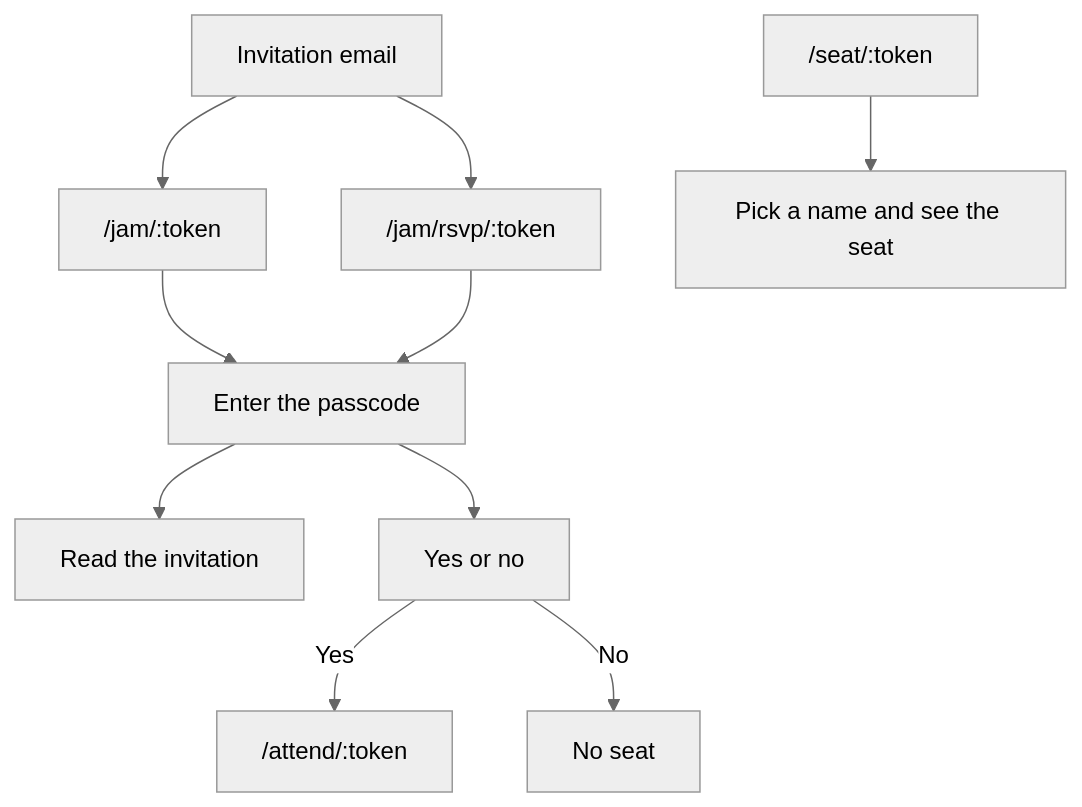
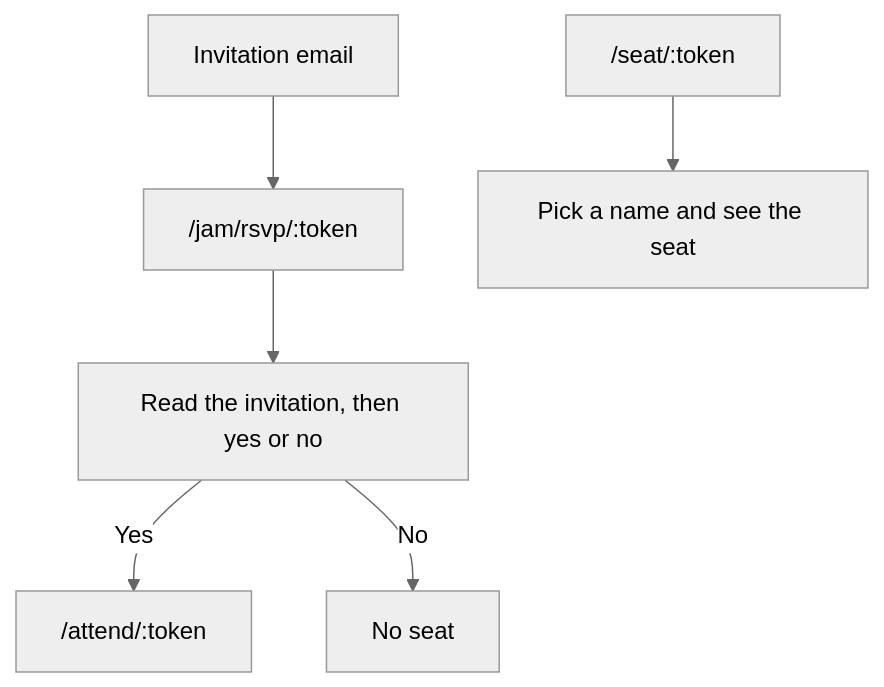
Before and after one commit to SkizzoPerena/bread-butter: the second of 2 diagrams in jam.md, drawn with Mermaid (neutral theme). The commit also changed other lines of this file and 7 other files, not shown here.

Commit message:
Show the Jam invitation and reply form on one page, with no passcode on personal links.

````diff
--- a/jam.md
+++ b/jam.md
@@ -43,16 +43,12 @@
 ```mermaid
 flowchart TD
   mail[Invitation email]
-  site["/jam/:token"]
-  code[Enter the passcode]
-  read[Read the invitation]
   rsvp["/jam/rsvp/:token"]
-  answer[Yes or no]
+  answer[Read the invitation, then yes or no]
   pass["/attend/:token"]
   seat["/seat/:token"]
-  mail --> site --> code --> read
-  mail --> rsvp --> code --> answer
+  mail --> rsvp --> answer
   answer -->|Yes| pass
   answer -->|No| done[No seat]
   seat --> lookup[Pick a name and see the seat]
 ```
````
